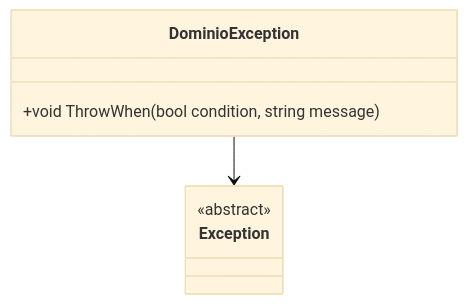
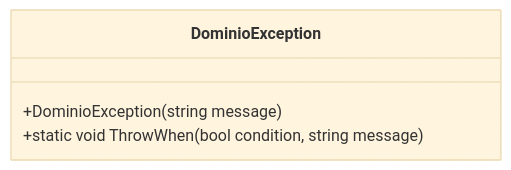
The second of 2 diagrams in docs/b2b-dominio/IsthmusWinthor.Nucleo/IsthmusWinthor.Dominio/Exceptions/DominioException.md (IsthmusSistemas/documentacao-tecnica), drawn with Mermaid (base theme) before and after one commit. The commit also changed other lines of this file and 882 other files, not shown here.

````diff
--- a/docs/b2b-dominio/IsthmusWinthor.Nucleo/IsthmusWinthor.Dominio/Exceptions/DominioException.md
+++ b/docs/b2b-dominio/IsthmusWinthor.Nucleo/IsthmusWinthor.Dominio/Exceptions/DominioException.md
@@ -36,10 +36,7 @@
 ```mermaid
 classDiagram
     class DominioException {
-        +void ThrowWhen(bool condition, string message)
+        +DominioException(string message)
+        +static void ThrowWhen(bool condition, string message)
     }
-    class Exception {
-        <<abstract>>
-    }
-    DominioException --> Exception
 ```
````
